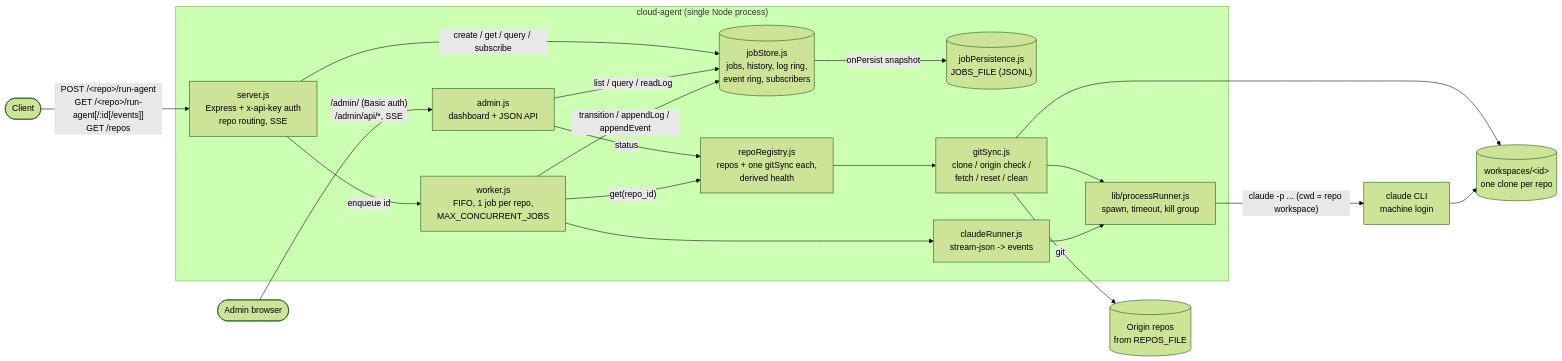
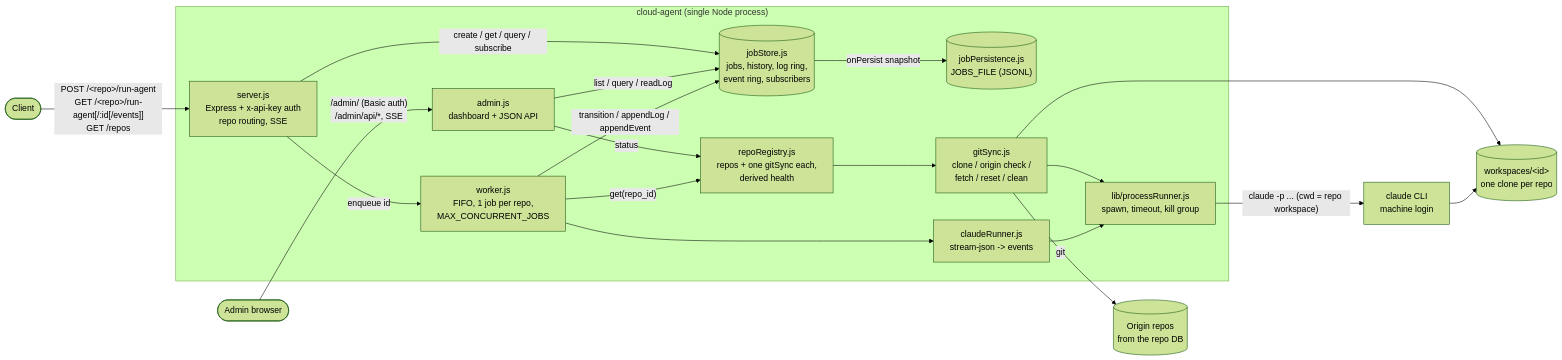
The first of 3 diagrams in docs/architecture/ARCHITECTURE.md (buitahau/cloud-agent), drawn with Mermaid (forest theme) before and after one commit. The commit also changed other lines of this file and 21 other files, not shown here.

````diff
--- a/docs/architecture/ARCHITECTURE.md
+++ b/docs/architecture/ARCHITECTURE.md
@@ -12,33 +12,33 @@
 ```mermaid
 flowchart LR
     Client([Client]) -->|"POST /&lt;repo&gt;/run-agent<br/>GET /&lt;repo&gt;/run-agent[/:id[/events]]<br/>GET /repos"| Server
     Admin([Admin browser]) -->|"/admin/ (Basic auth)<br/>/admin/api/*, SSE"| AdminR
 
     subgraph Service["cloud-agent (single Node process)"]
         Server["server.js<br/>Express + x-api-key auth<br/>repo routing, SSE"]
         AdminR["admin.js<br/>dashboard + JSON API"]
         Store[("jobStore.js<br/>jobs, history, log ring,<br/>event ring, subscribers")]
         Persist[("jobPersistence.js<br/>JOBS_FILE (JSONL)")]
         Worker["worker.js<br/>FIFO, 1 job per repo,<br/>MAX_CONCURRENT_JOBS"]
         Registry["repoRegistry.js<br/>repos + one gitSync each,<br/>derived health"]
         Git["gitSync.js<br/>clone / origin check /<br/>fetch / reset / clean"]
         Runner["claudeRunner.js<br/>stream-json -> events"]
         Proc["lib/processRunner.js<br/>spawn, timeout, kill group"]
     end
 
     Server -->|create / get / query / subscribe| Store
     Server -->|enqueue id| Worker
     AdminR -->|list / query / readLog| Store
     AdminR -->|status| Registry
     Store -->|onPersist snapshot| Persist
     Worker -->|transition / appendLog / appendEvent| Store
     Worker -->|"get(repo_id)"| Registry
     Registry --> Git
     Worker --> Runner
     Git --> Proc
     Runner --> Proc
-    Git -->|git| Origin[(Origin repos<br/>from REPOS_FILE)]
+    Git -->|git| Origin[(Origin repos<br/>from the repo DB)]
     Git --> WS[("workspaces/&lt;id&gt;<br/>one clone per repo")]
     Proc -->|"claude -p ... (cwd = repo workspace)"| CLI["claude CLI<br/>machine login"]
     CLI --> WS
 ```
````
